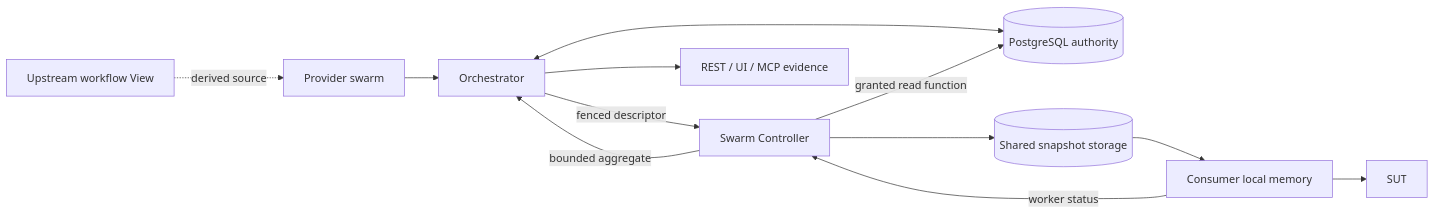
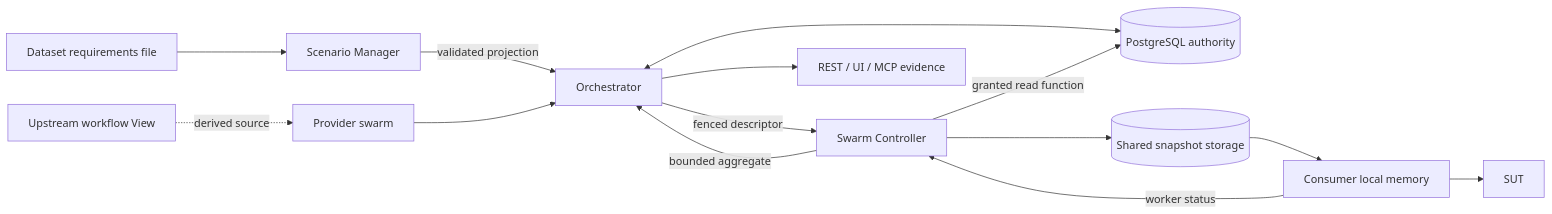
The diagram in docs/inProgress/managed-datasets-team-design-overview.md (sepa79/PocketHive), drawn with Mermaid before and after one commit. The commit also changed other lines of this file and 2 other files, not shown here.

````diff
--- a/docs/inProgress/managed-datasets-team-design-overview.md
+++ b/docs/inProgress/managed-datasets-team-design-overview.md
@@ -59,14 +61,16 @@
 ```mermaid
 flowchart LR
-  P[Provider swarm] --> O[Orchestrator]
+  R[Dataset requirements file] --> SM[Scenario Manager]
+  SM -->|validated projection| O[Orchestrator]
+  P[Provider swarm] --> O
   U[Upstream workflow View] -. derived source .-> P
   O <--> PG[(PostgreSQL authority)]
   O -->|fenced descriptor| SC[Swarm Controller]
   SC -->|granted read function| PG
   SC --> FS[(Shared snapshot storage)]
   FS --> C[Consumer local memory]
   C --> SUT[SUT]
   C -->|worker status| SC
   SC -->|bounded aggregate| O
   O --> E[REST / UI / MCP evidence]
 ```
````
